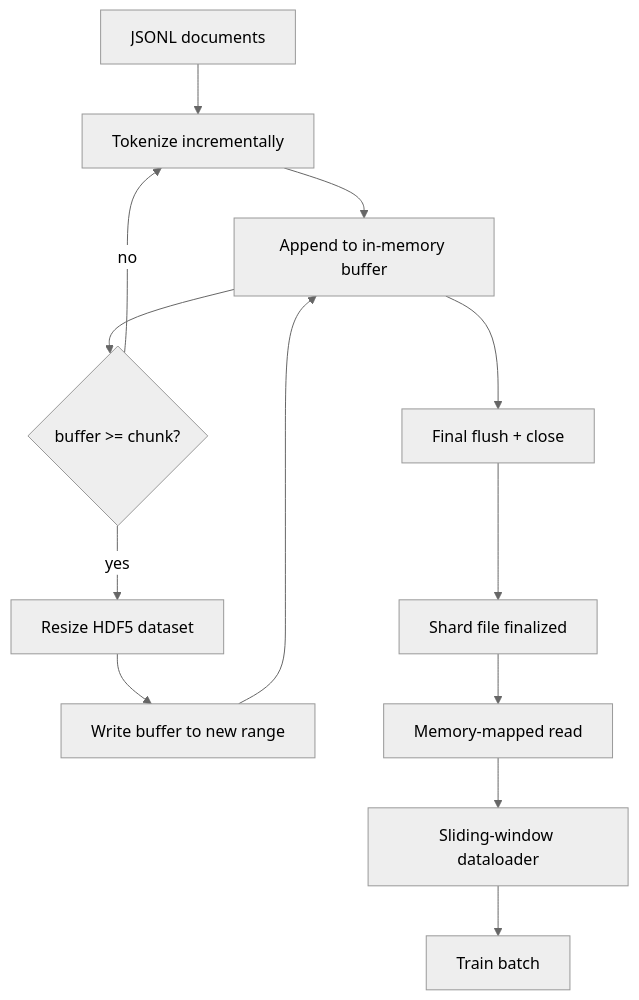
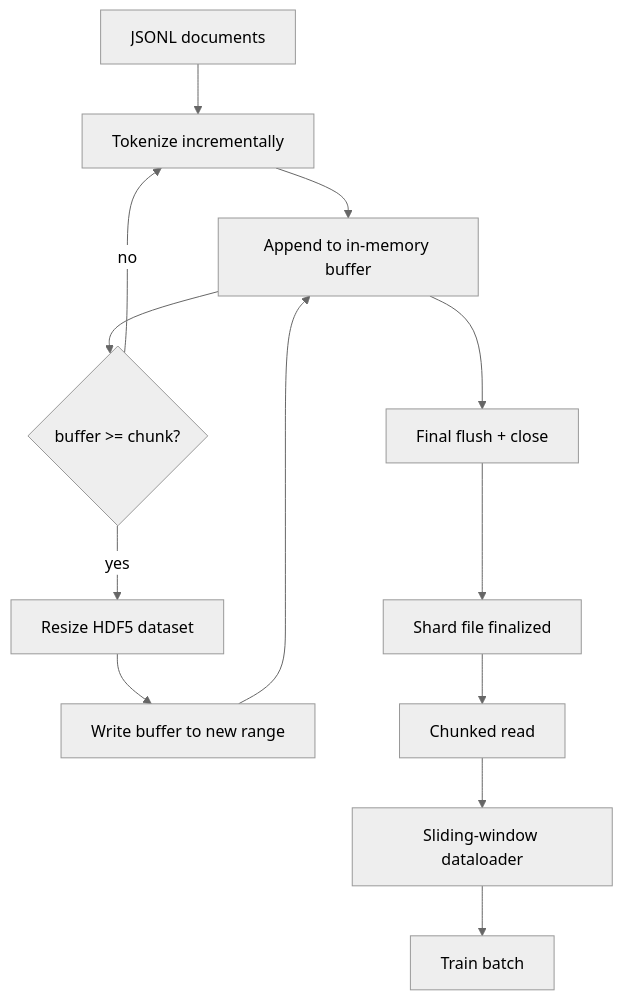
The diagram in phases/19-capstone-projects/43-hdf5-tokenized-corpus/docs/en.md (cluster1900/ai-engineering-from-scratch-zh), drawn with Mermaid (neutral theme) before and after one commit. The commit also changed 10 other files, not shown here.

````diff
--- a/phases/19-capstone-projects/43-hdf5-tokenized-corpus/docs/en.md
+++ b/phases/19-capstone-projects/43-hdf5-tokenized-corpus/docs/en.md
@@ -27,15 +27,15 @@
 ```mermaid
 flowchart TD
   JSONL[JSONL documents] --> Tokenize[Tokenize incrementally]
   Tokenize --> Buffer[Append to in-memory buffer]
   Buffer --> Flush{buffer >= chunk?}
   Flush -- no --> Tokenize
   Flush -- yes --> Resize[Resize HDF5 dataset]
   Resize --> Write[Write buffer to new range]
   Write --> Buffer
   Buffer --> Close[Final flush + close]
   Close --> ShardDone[Shard file finalized]
-  ShardDone --> MMapRead[Memory-mapped read]
+  ShardDone --> MMapRead[Chunked read]
   MMapRead --> Window[Sliding-window dataloader]
   Window --> Train[Train batch]
 ```
````
